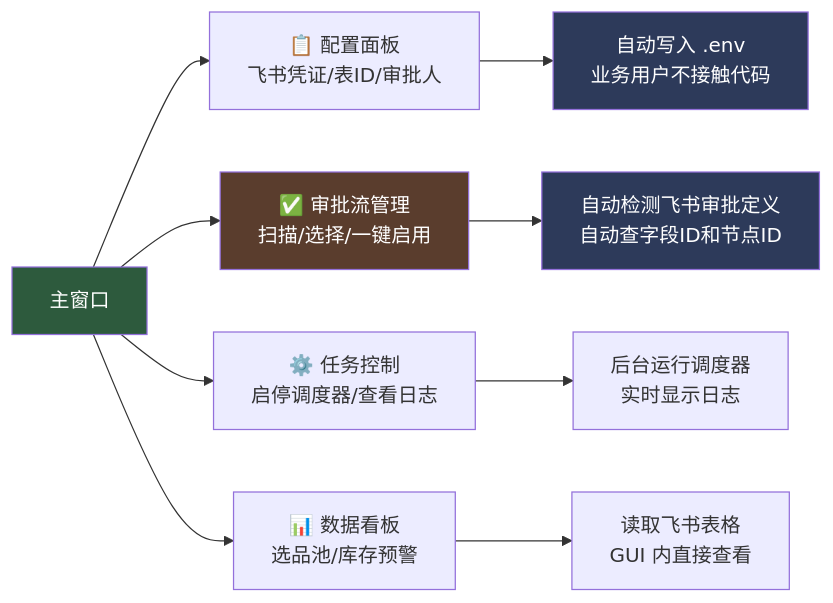
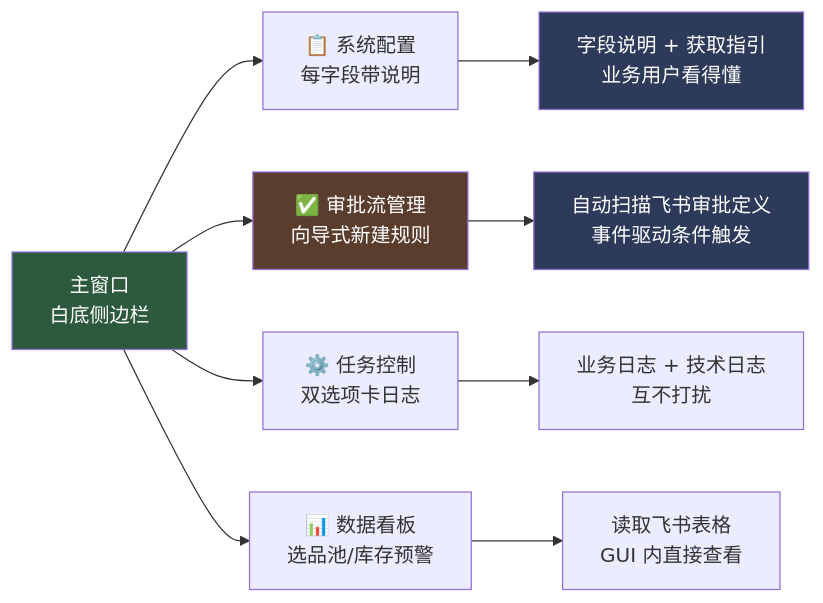
The first of 2 diagrams in README.md (lbh1nb/cross-border-ai-platform), drawn with Mermaid before and after one commit. The commit also changed other lines of this file and 30 other files, not shown here.

````diff
--- a/README.md
+++ b/README.md
@@ -29,17 +29,17 @@
 ```mermaid
 flowchart LR
-    A[主窗口] --> B[📋 配置面板<br/>飞书凭证/表ID/审批人]
-    A --> C[✅ 审批流管理<br/>扫描/选择/一键启用]
-    A --> D[⚙️ 任务控制<br/>启停调度器/查看日志]
+    A[主窗口<br/>白底侧边栏] --> B[📋 系统配置<br/>每字段带说明]
+    A --> C[✅ 审批流管理<br/>向导式新建规则]
+    A --> D[⚙️ 任务控制<br/>双选项卡日志]
     A --> E[📊 数据看板<br/>选品池/库存预警]
 
-    B --> F[自动写入 .env<br/>业务用户不接触代码]
-    C --> G[自动检测飞书审批定义<br/>自动查字段ID和节点ID]
-    D --> H[后台运行调度器<br/>实时显示日志]
+    B --> F[字段说明 + 获取指引<br/>业务用户看得懂]
+    C --> G[自动扫描飞书审批定义<br/>事件驱动条件触发]
+    D --> H[业务日志 + 技术日志<br/>互不打扰]
     E --> I[读取飞书表格<br/>GUI 内直接查看]
 
     style A fill:#2d5a3d,color:#fff
     style C fill:#5a3d2d,color:#fff
     style F fill:#2d3a5a,color:#fff
     style G fill:#2d3a5a,color:#fff
 ```
````
